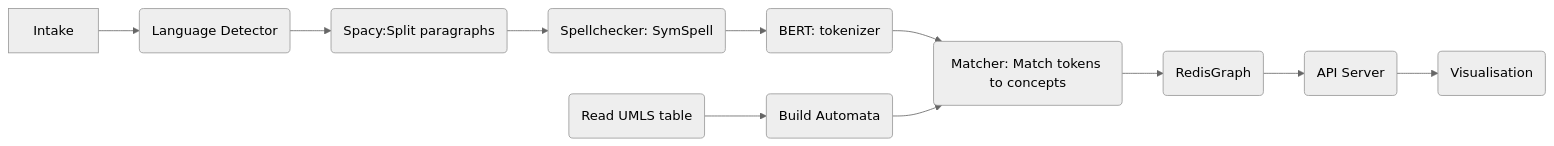
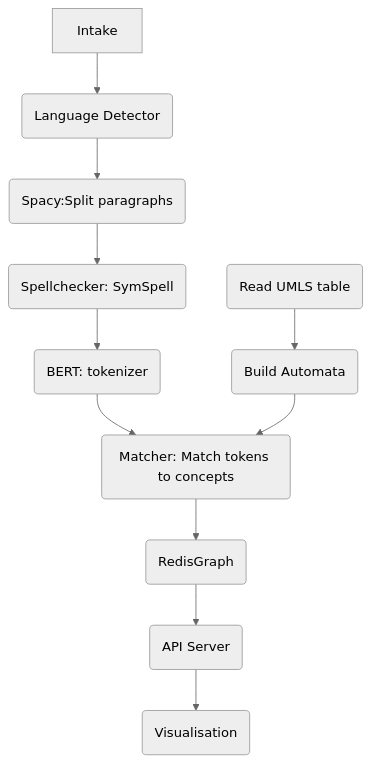
Before and after one commit to AlexMikhalev/cord19redisknowledgegraph: the diagram in docs/source/index.rst, drawn with Mermaid (neutral theme).

Commit message:
Changed diagram to Top Down so it fits page.

```diff
--- a/docs/source/index.rst
+++ b/docs/source/index.rst
@@ -19,13 +19,13 @@
 .. mermaid::
 
-   graph LR;
+   graph TD;
       A[Intake]-->B(Language Detector);
       B-->C(Spacy:Split paragraphs);
       C-->D(Spellchecker: SymSpell);
       D-->E(BERT: tokenizer);
       E-->F(Matcher: Match tokens to concepts);
       F-->G(RedisGraph);
       G-->H(API Server);
       H-->I(Visualisation)
       J(Build Automata)-->F;
       K(Read UMLS table)-->J;
```
